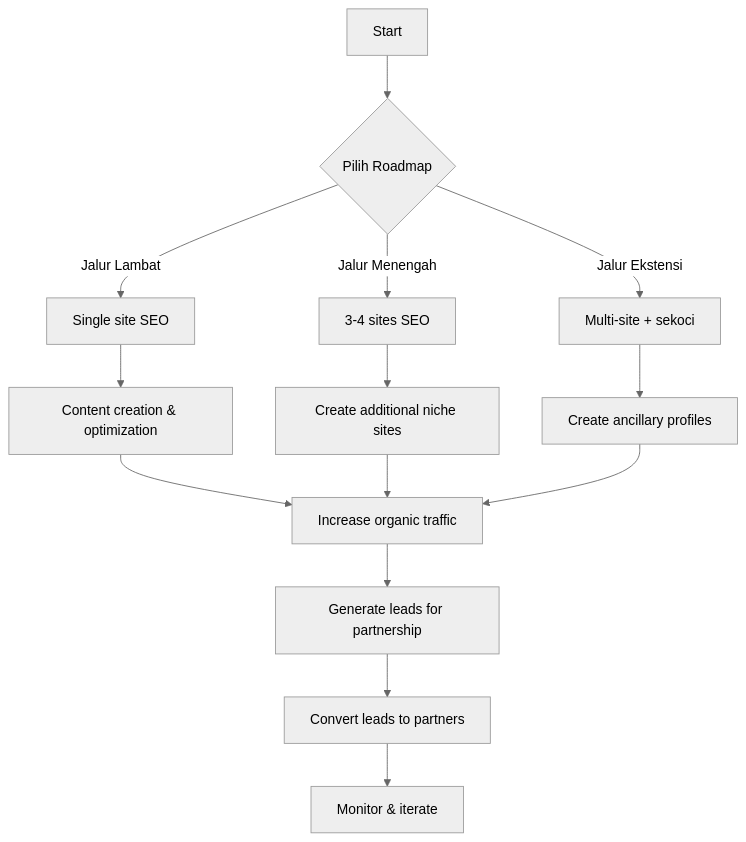
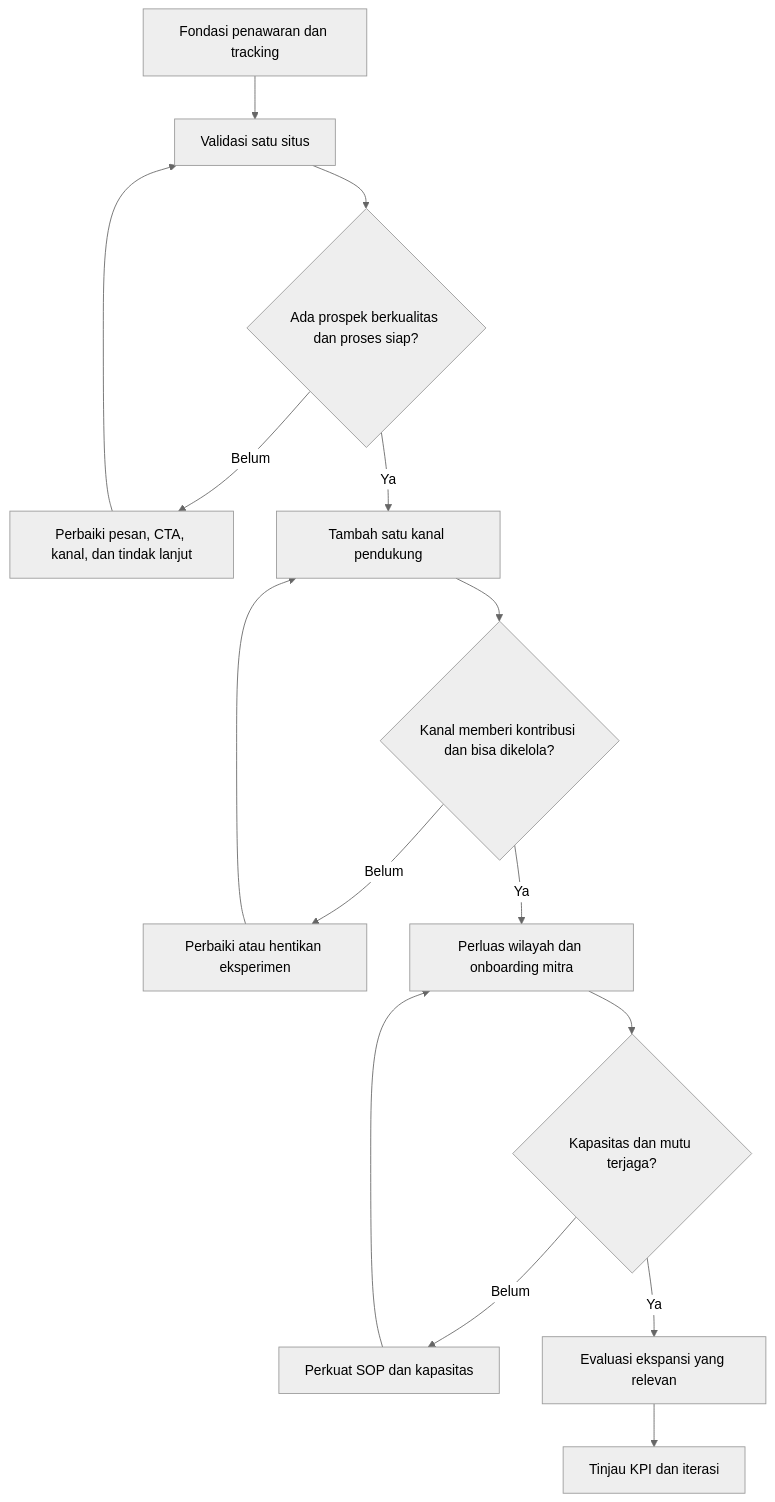
The diagram in docs/ROADMAP-KEMITRAAN.md (skyforgged/konsultan-slf), drawn with Mermaid (neutral theme) before and after one commit. The commit also changed other lines of this file, not shown here.

Commit message:
Develop partnership roadmap with phased validation and measurable KPIs

````diff
--- a/docs/ROADMAP-KEMITRAAN.md
+++ b/docs/ROADMAP-KEMITRAAN.md
@@ -35,14 +207,17 @@
 ```mermaid
 flowchart TD
-    A[Start] --> B{Pilih Roadmap}
-    B -->|Jalur Lambat| C[Single site SEO]
-    B -->|Jalur Menengah| D[3‑4 sites SEO]
-    B -->|Jalur Ekstensi| E[Multi‑site + sekoci]
-    C --> F[Content creation & optimization]
-    D --> G[Create additional niche sites]
-    E --> H[Create ancillary profiles]
-    F & G & H --> I[Increase organic traffic]
-    I --> J[Generate leads for partnership]
-    J --> K[Convert leads to partners]
-    K --> L[Monitor & iterate]
+    A[Fondasi penawaran dan tracking] --> B[Validasi satu situs]
+    B --> C{Ada prospek berkualitas dan proses siap?}
+    C -->|Belum| D[Perbaiki pesan, CTA, kanal, dan tindak lanjut]
+    D --> B
+    C -->|Ya| E[Tambah satu kanal pendukung]
+    E --> F{Kanal memberi kontribusi dan bisa dikelola?}
+    F -->|Belum| G[Perbaiki atau hentikan eksperimen]
+    G --> E
+    F -->|Ya| H[Perluas wilayah dan onboarding mitra]
+    H --> I{Kapasitas dan mutu terjaga?}
+    I -->|Belum| J[Perkuat SOP dan kapasitas]
+    J --> H
+    I -->|Ya| K[Evaluasi ekspansi yang relevan]
+    K --> L[Tinjau KPI dan iterasi]
 ```
````
